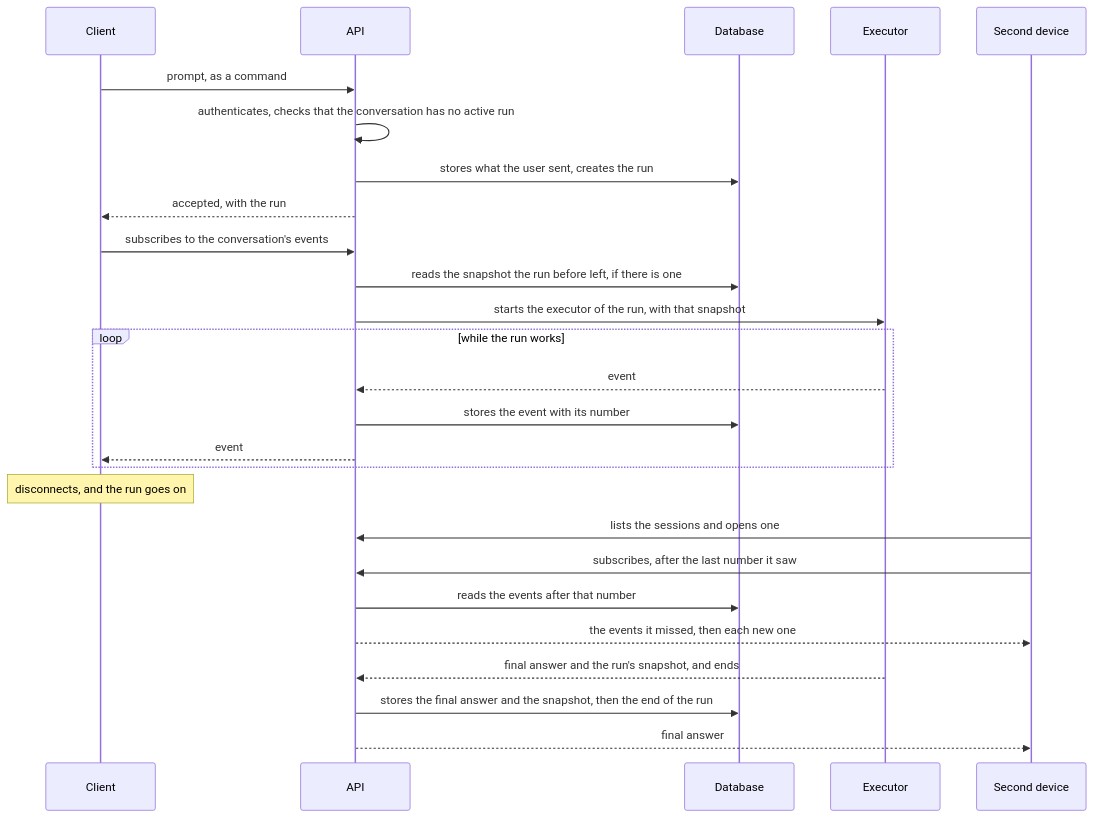
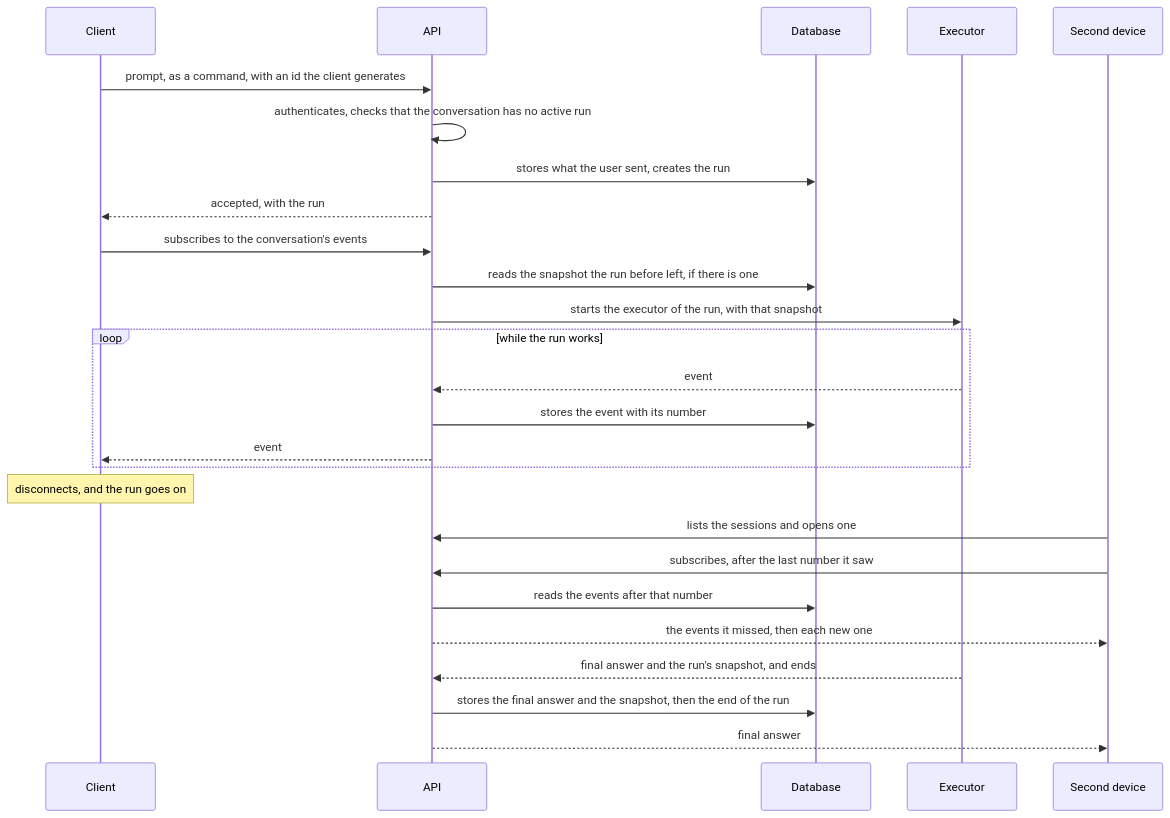
The diagram in flows/prompt-and-reconnect.md (Mikode13/harness-docs), drawn with Mermaid before and after one commit. The commit also changed other lines of this file and 6 other files, not shown here.

First line of the commit message:
docs: add the flow that creates a session and sets up its workspace

````diff
--- a/flows/prompt-and-reconnect.md
+++ b/flows/prompt-and-reconnect.md
@@ -13,33 +13,33 @@
 ```mermaid
 sequenceDiagram
     participant C as Client
     participant A as API
     participant D as Database
     participant E as Executor
     participant S as Second device
 
-    C->>A: prompt, as a command
+    C->>A: prompt, as a command, with an id the client generates
     A->>A: authenticates, checks that the conversation has no active run
     A->>D: stores what the user sent, creates the run
     A-->>C: accepted, with the run
     C->>A: subscribes to the conversation's events
     A->>D: reads the snapshot the run before left, if there is one
     A->>E: starts the executor of the run, with that snapshot
 
     loop while the run works
         E-->>A: event
         A->>D: stores the event with its number
         A-->>C: event
     end
 
     Note over C: disconnects, and the run goes on
 
     S->>A: lists the sessions and opens one
     S->>A: subscribes, after the last number it saw
     A->>D: reads the events after that number
     A-->>S: the events it missed, then each new one
 
     E-->>A: final answer and the run's snapshot, and ends
     A->>D: stores the final answer and the snapshot, then the end of the run
     A-->>S: final answer
 ```
````
